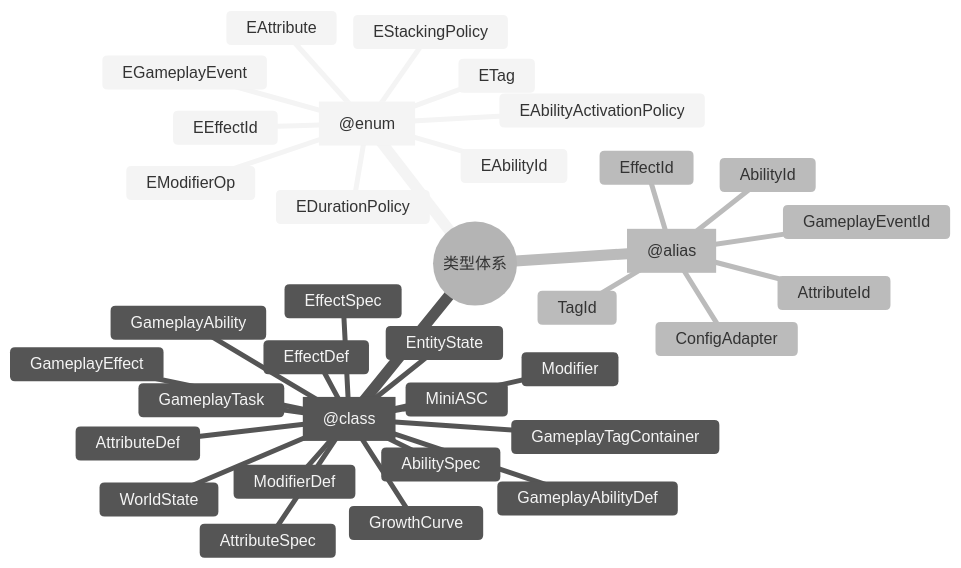
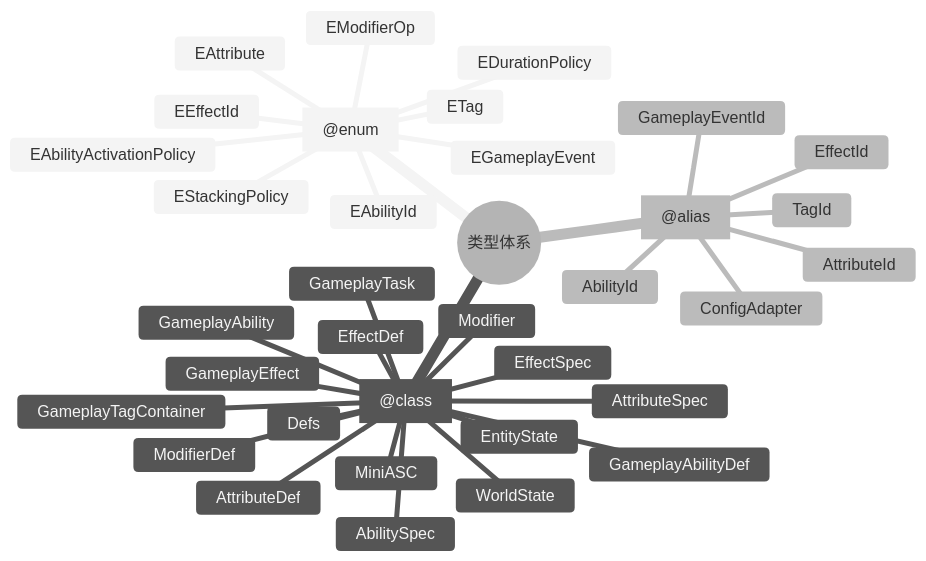
The third of 3 diagrams in docs/specs/mini_gas/architecture.md (caorenmei/cgas), drawn with Mermaid before and after one commit. The commit also changed other lines of this file and 27 other files, not shown here.

First line of the commit message:
refactor(mini_gas): 状态自包含，Defs 分离，移除通用 GrowthCurve

````diff
--- a/docs/specs/mini_gas/architecture.md
+++ b/docs/specs/mini_gas/architecture.md
@@ -79,39 +83,39 @@
 ```mermaid
 %%{init: {'theme': 'neutral'}}%%
 mindmap
   root((类型体系))
     idEnum["@enum"]
       EModifierOp
       EDurationPolicy
       EStackingPolicy
       EAbilityActivationPolicy
       EAttribute
       ETag
       EAbilityId
       EEffectId
       EGameplayEvent
     idClass["@class"]
       MiniASC
+      Defs
       EntityState
       WorldState
       GameplayAbility
       GameplayAbilityDef
       GameplayEffect
       EffectDef
       Modifier
       ModifierDef
       AttributeDef
       GameplayTagContainer
       GameplayTask
       AbilitySpec
       EffectSpec
       AttributeSpec
-      GrowthCurve
     idAlias["@alias"]
       TagId
       AttributeId
       AbilityId
       EffectId
       GameplayEventId
       ConfigAdapter
 ```
````
